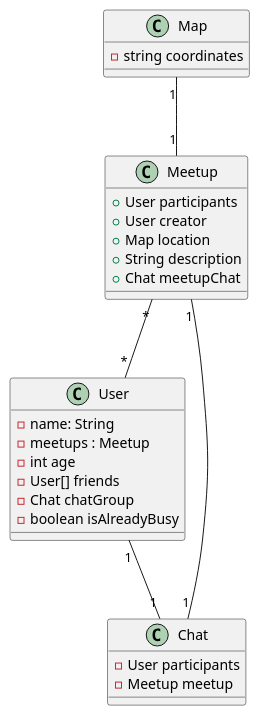
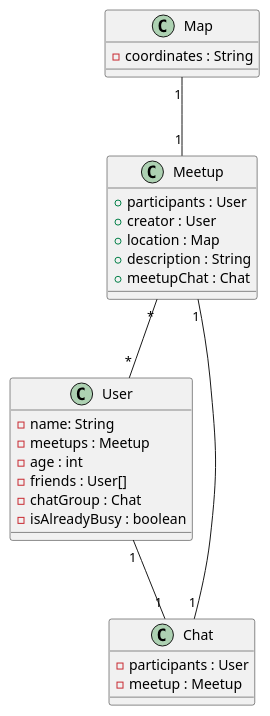
The diagram in asciidocs/Klassendiagramm.adoc (2223-3bhif-syp/02-projekte-mopedmeetup), drawn with PlantUML before and after one commit.

Commit message:
configured class diagramm

```diff
--- a/asciidocs/Klassendiagramm.adoc
+++ b/asciidocs/Klassendiagramm.adoc
@@ -6,31 +6,31 @@
 [plantuml, target=diagram-classes, format=png]
 ....
 class User {
     - name: String
     - meetups : Meetup
-    - int age
-    - User[] friends
-    - Chat chatGroup
-    - boolean isAlreadyBusy
+    - age : int
+    - friends : User[]
+    - chatGroup : Chat
+    - isAlreadyBusy : boolean
 }
 class Meetup {
-    + User participants
-    + User creator
-    + Map location
-    + String description
-    + Chat meetupChat
+    + participants : User
+    + creator : User
+    + location : Map
+    + description : String
+    + meetupChat : Chat
 }
 
 class Map {
-    -string coordinates
+    - coordinates : String
 }
 class Chat {
-    - User participants
-    - Meetup meetup
+    - participants : User
+    - meetup : Meetup
 }
 
 Meetup "*"--"*" User : ""
 Map "1"--"1" Meetup : ""
 Meetup "1"--"1" Chat : ""
 User "1"--"1" Chat : ""
 ....
```
